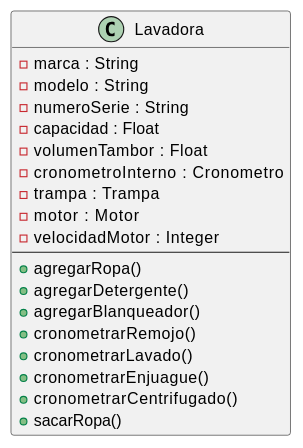
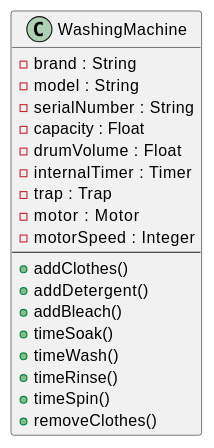
One commit to jcg-admin/IACT-docs changed the second of 2 diagrams in source/base-cognitiva/_uml/uml-02-orientacion-objetos/cual-es-la-diferencia-entre-categorias-y-fabricacion.rst. Above: the diagram before and after it, drawn with PlantUML. The commit also changed other lines of this file and 16 other files, not shown here.

```diff
--- a/source/base-cognitiva/_uml/uml-02-orientacion-objetos/cual-es-la-diferencia-entre-categorias-y-fabricacion.rst
+++ b/source/base-cognitiva/_uml/uml-02-orientacion-objetos/cual-es-la-diferencia-entre-categorias-y-fabricacion.rst
@@ -56,25 +56,25 @@
 .. uml::
 
    @startuml
 
-   class Lavadora {
-     - marca : String
-     - modelo : String
-     - numeroSerie : String
-     - capacidad : Float
-     - volumenTambor : Float
-     - cronometroInterno : Cronometro
-     - trampa : Trampa
+   class WashingMachine {
+     - brand : String
+     - model : String
+     - serialNumber : String
+     - capacity : Float
+     - drumVolume : Float
+     - internalTimer : Timer
+     - trap : Trap
      - motor : Motor
-     - velocidadMotor : Integer
+     - motorSpeed : Integer
      --
-     + agregarRopa()
-     + agregarDetergente()
-     + agregarBlanqueador()
-     + cronometrarRemojo()
-     + cronometrarLavado()
-     + cronometrarEnjuague()
-     + cronometrarCentrifugado()
-     + sacarRopa()
+     + addClothes()
+     + addDetergent()
+     + addBleach()
+     + timeSoak()
+     + timeWash()
+     + timeRinse()
+     + timeSpin()
+     + removeClothes()
    }
    @enduml
```
